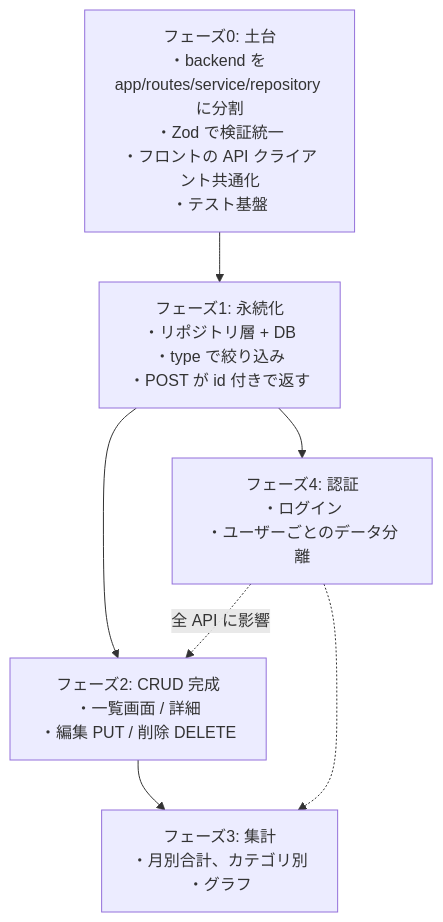
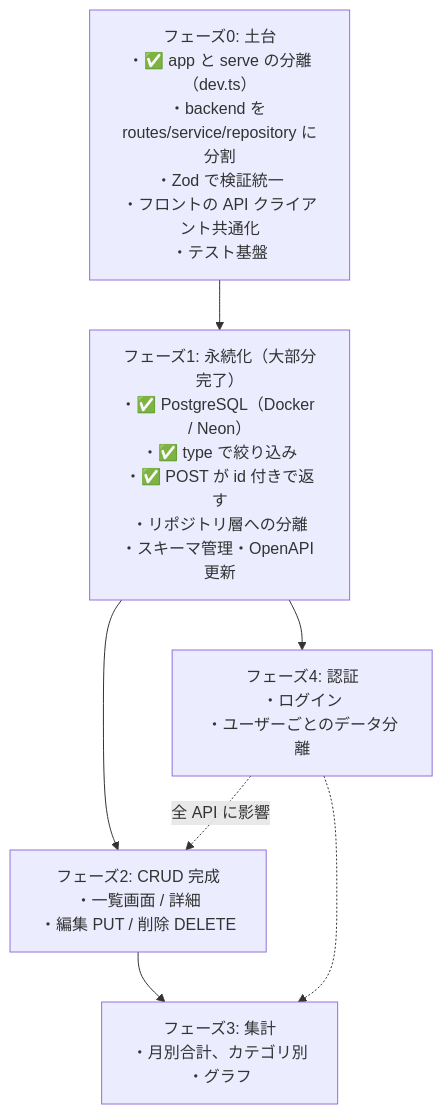
The diagram in study/Architecture/17-roadmap.md (kota-shiratori/kakeibo-app), drawn with Mermaid before and after one commit. The commit also changed other lines of this file and 123 other files, not shown here.

First line of the commit message:
study: Docker / SQL / PostgreSQL / Database のノートを追加し、既存ノートを現行コードに合わせて更新

````diff
--- a/study/Architecture/17-roadmap.md
+++ b/study/Architecture/17-roadmap.md
@@ -43,12 +44,12 @@
 ```mermaid
 flowchart TD
-  P0["フェーズ0: 土台<br/>・backend を app/routes/service/repository に分割<br/>・Zod で検証統一<br/>・フロントの API クライアント共通化<br/>・テスト基盤"]
-  P1["フェーズ1: 永続化<br/>・リポジトリ層 + DB<br/>・type で絞り込み<br/>・POST が id 付きで返す"]
+  P0["フェーズ0: 土台<br/>・✅ app と serve の分離（dev.ts）<br/>・backend を routes/service/repository に分割<br/>・Zod で検証統一<br/>・フロントの API クライアント共通化<br/>・テスト基盤"]
+  P1["フェーズ1: 永続化（大部分完了）<br/>・✅ PostgreSQL（Docker / Neon）<br/>・✅ type で絞り込み<br/>・✅ POST が id 付きで返す<br/>・リポジトリ層への分離<br/>・スキーマ管理・OpenAPI 更新"]
   P2["フェーズ2: CRUD 完成<br/>・一覧画面 / 詳細<br/>・編集 PUT / 削除 DELETE"]
   P3["フェーズ3: 集計<br/>・月別合計、カテゴリ別<br/>・グラフ"]
   P4["フェーズ4: 認証<br/>・ログイン<br/>・ユーザーごとのデータ分離"]
   P0 --> P1 --> P2 --> P3
   P1 --> P4
   P4 -.全 API に影響.-> P2
   P4 -.-> P3
 ```
````
